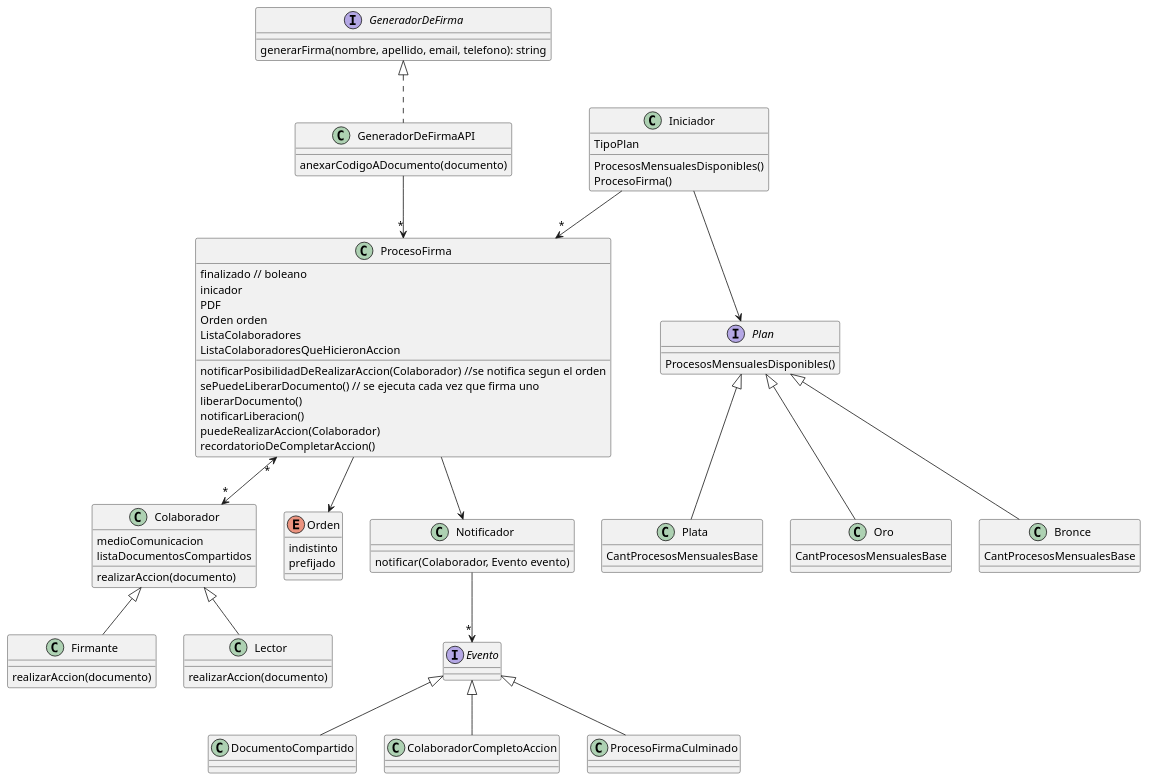
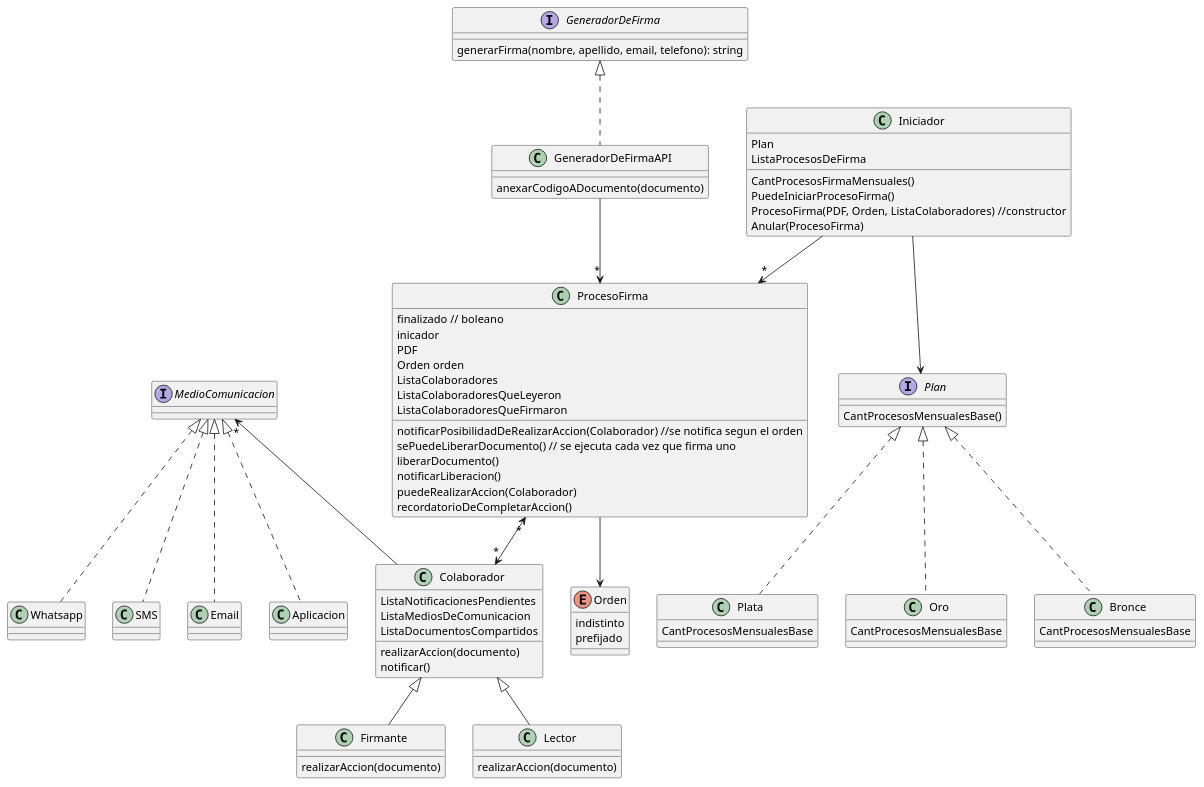
One commit to NicolasOcchi/DDS-1ros-Parciales changed the diagram in src/main/java/Firmadocs/Firmadocs_Diagrama.puml. Above: the diagram before and after it, drawn with PlantUML. The commit also changed 1 other file, not shown here.

```diff
--- a/src/main/java/Firmadocs/Firmadocs_Diagrama.puml
+++ b/src/main/java/Firmadocs/Firmadocs_Diagrama.puml
@@ -1,101 +1,103 @@
 @startuml
 
 ProcesoFirma "*"<-->"*" Colaborador
 ProcesoFirma --> Orden
 
 class ProcesoFirma{
 finalizado // boleano
 inicador
 PDF
 Orden orden
 ListaColaboradores
-ListaColaboradoresQueHicieronAccion
+ListaColaboradoresQueLeyeron
+ListaColaboradoresQueFirmaron
 notificarPosibilidadDeRealizarAccion(Colaborador) //se notifica segun el orden
 sePuedeLiberarDocumento() // se ejecuta cada vez que firma uno
 liberarDocumento()
 notificarLiberacion()
 puedeRealizarAccion(Colaborador)
 recordatorioDeCompletarAccion()
 }
 
 enum Orden{
 indistinto
 prefijado
 }
 
 Colaborador <|-- Firmante
 Colaborador <|-- Lector
 
 class Colaborador{
-medioComunicacion
-listaDocumentosCompartidos
+ListaNotificacionesPendientes
+ListaMediosDeComunicacion
+ListaDocumentosCompartidos
 realizarAccion(documento)
+notificar()
 }
 
 class Firmante{
 realizarAccion(documento)
 }
 
 class Lector{
 realizarAccion(documento)
 }
+
+MedioComunicacion <|.. Whatsapp
+MedioComunicacion <|.. SMS
+MedioComunicacion <|.. Email
+MedioComunicacion <|.. Aplicacion
+
+MedioComunicacion "*"<-- Colaborador
+
+interface MedioComunicacion{
+
+}
+
+class Whatsapp{}
+class SMS{}
+class Email{}
+class Aplicacion{}
 
 GeneradorDeFirma <|..GeneradorDeFirmaAPI
 GeneradorDeFirmaAPI -->"*" ProcesoFirma
 
 class GeneradorDeFirmaAPI{
 anexarCodigoADocumento(documento)
 }
 
 interface GeneradorDeFirma{
 generarFirma(nombre, apellido, email, telefono): string
 }
 
-ProcesoFirma --> Notificador
-Notificador -->"*" Evento
-class Notificador{
-notificar(Colaborador, Evento evento)
-}
-
-interface Evento{}
-
-Evento <|-- DocumentoCompartido
-Evento <|-- ColaboradorCompletoAccion
-Evento <|-- ProcesoFirmaCulminado
-
-class DocumentoCompartido{}
-
-class ColaboradorCompletoAccion{}
-
-class ProcesoFirmaCulminado{}
-
 Iniciador -->"*" ProcesoFirma
 
 class Iniciador{
-TipoPlan
-ProcesosMensualesDisponibles()
-ProcesoFirma()
+Plan
+ListaProcesosDeFirma
+CantProcesosFirmaMensuales()
+PuedeIniciarProcesoFirma()
+ProcesoFirma(PDF, Orden, ListaColaboradores) //constructor
+Anular(ProcesoFirma)
 }
 
-Plan <|-- Plata
-Plan <|-- Oro
-Plan <|-- Bronce
+Plan <|.. Plata
+Plan <|.. Oro
+Plan <|.. Bronce
 
 Iniciador --> Plan
 interface Plan{
-ProcesosMensualesDisponibles()
+CantProcesosMensualesBase()
 }
 
 class Plata{
 CantProcesosMensualesBase
 }
 class Oro{
 CantProcesosMensualesBase
 }
 class Bronce{
 CantProcesosMensualesBase
 }
 
-
-
 @enduml
```
